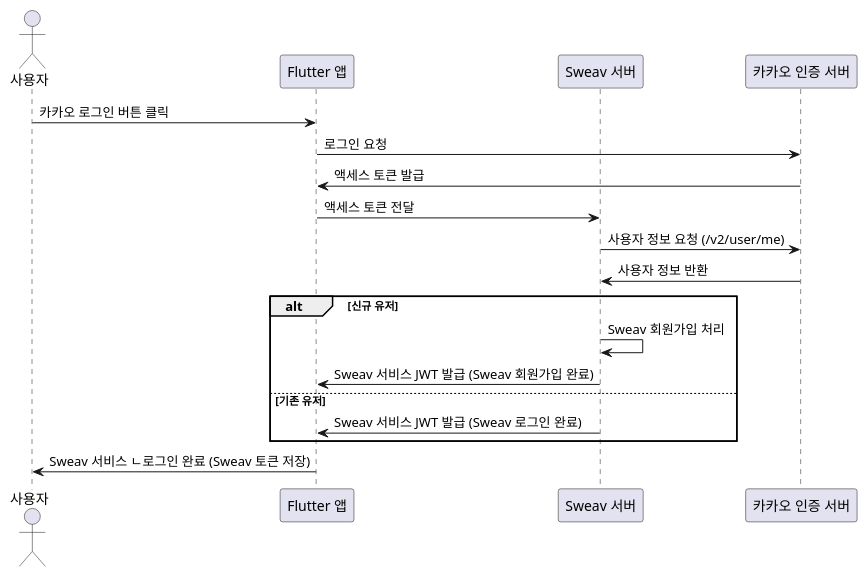
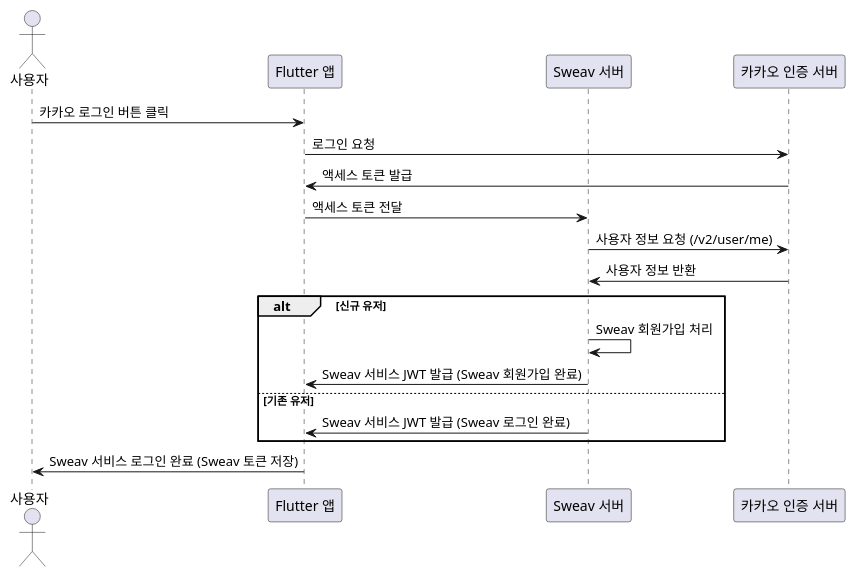
One commit to sweav-org/sweav-uml changed the diagram in sequence/user/login_via_kakao.puml. Above: the diagram before and after it, drawn with PlantUML. The commit also changed 4 other files, not shown here.

```diff
--- a/sequence/user/login_via_kakao.puml
+++ b/sequence/user/login_via_kakao.puml
@@ -1,24 +1,24 @@
 @startuml
 'https://plantuml.com/sequence-diagram
 
 actor 사용자
 participant "Flutter 앱" as Client
 participant "Sweav 서버" as Server
 participant "카카오 인증 서버" as Kakao
 
 사용자 -> Client : 카카오 로그인 버튼 클릭
 Client -> Kakao : 로그인 요청
 Kakao -> Client : 액세스 토큰 발급
 Client -> Server : 액세스 토큰 전달
 Server -> Kakao : 사용자 정보 요청 (/v2/user/me)
 Kakao -> Server : 사용자 정보 반환
 
 alt 신규 유저
     Server -> Server : Sweav 회원가입 처리
     Server -> Client : Sweav 서비스 JWT 발급 (Sweav 회원가입 완료)
 else 기존 유저
     Server -> Client : Sweav 서비스 JWT 발급 (Sweav 로그인 완료)
 end
 
-Client -> 사용자 : Sweav 서비스 ㄴ로그인 완료 (Sweav 토큰 저장)
+Client -> 사용자 : Sweav 서비스 로그인 완료 (Sweav 토큰 저장)
 @enduml
```
